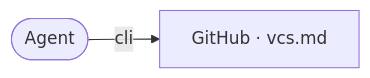
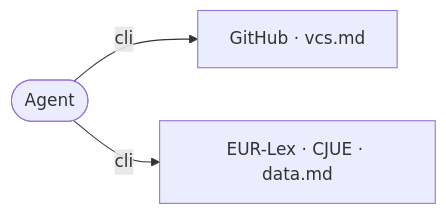
The diagram in aidd_docs/memory/ecosystem.md (Beccariavf/vitrine), drawn with Mermaid before and after one commit. The commit also changed 15 other files, not shown here.

Commit message:
feat(veille): ingest CJUE case law from EUR-Lex

````diff
--- a/aidd_docs/memory/ecosystem.md
+++ b/aidd_docs/memory/ecosystem.md
@@ -3,7 +3,9 @@
 ```mermaid
 flowchart LR
   Agent([Agent])
   Vcs["GitHub · vcs.md"]
+  Cjeu["EUR-Lex · CJUE · data.md"]
 
   Agent -- cli --> Vcs
+  Agent -- cli --> Cjeu
 ```
````
